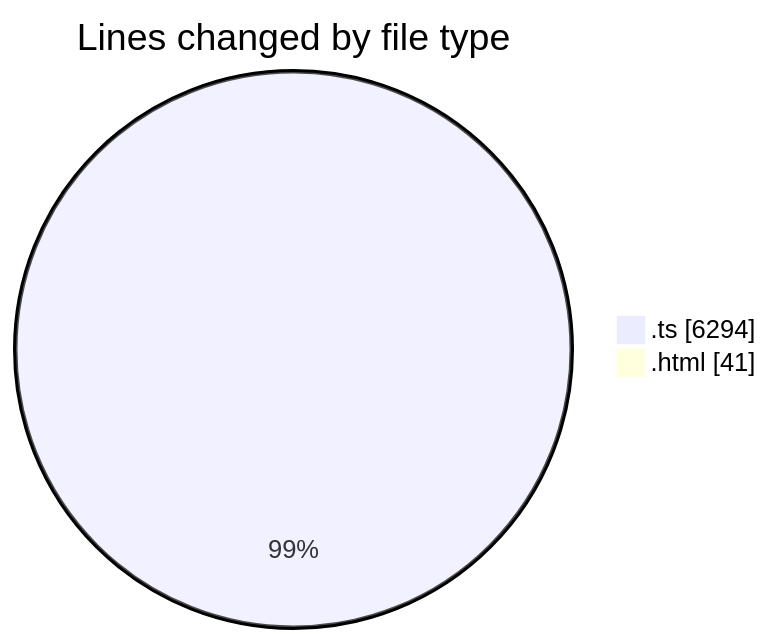
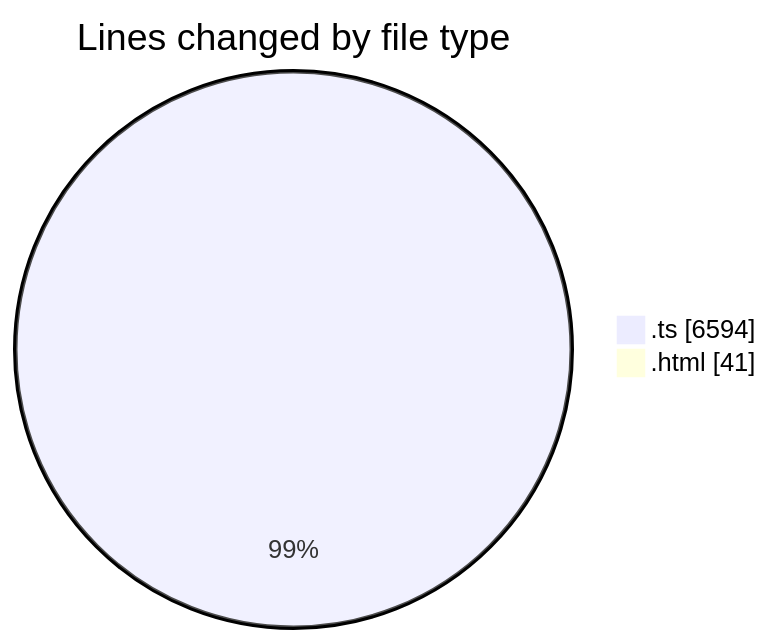
Before and after one commit to tmsrecording-cyber/code-tracking: the first of 2 diagrams in 2026-02-08/singularitybrainai/README.md, drawn with Mermaid. The commit also changed other lines of this file and 1 other file, not shown here.

````diff
--- a/2026-02-08/singularitybrainai/README.md
+++ b/2026-02-08/singularitybrainai/README.md
@@ -30,6 +31,6 @@
 ```mermaid
 pie showData
 title Lines changed by file type
-".ts" : 6294
+".ts" : 6594
 ".html" : 41
 ```
````
